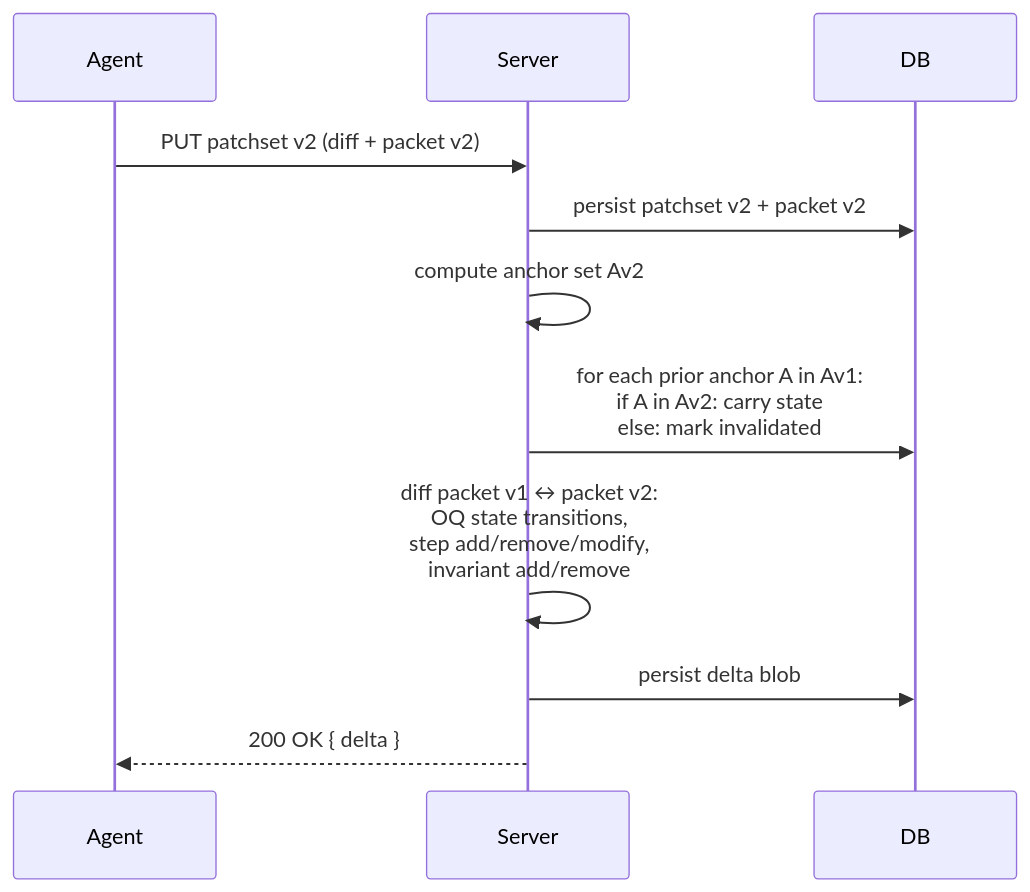
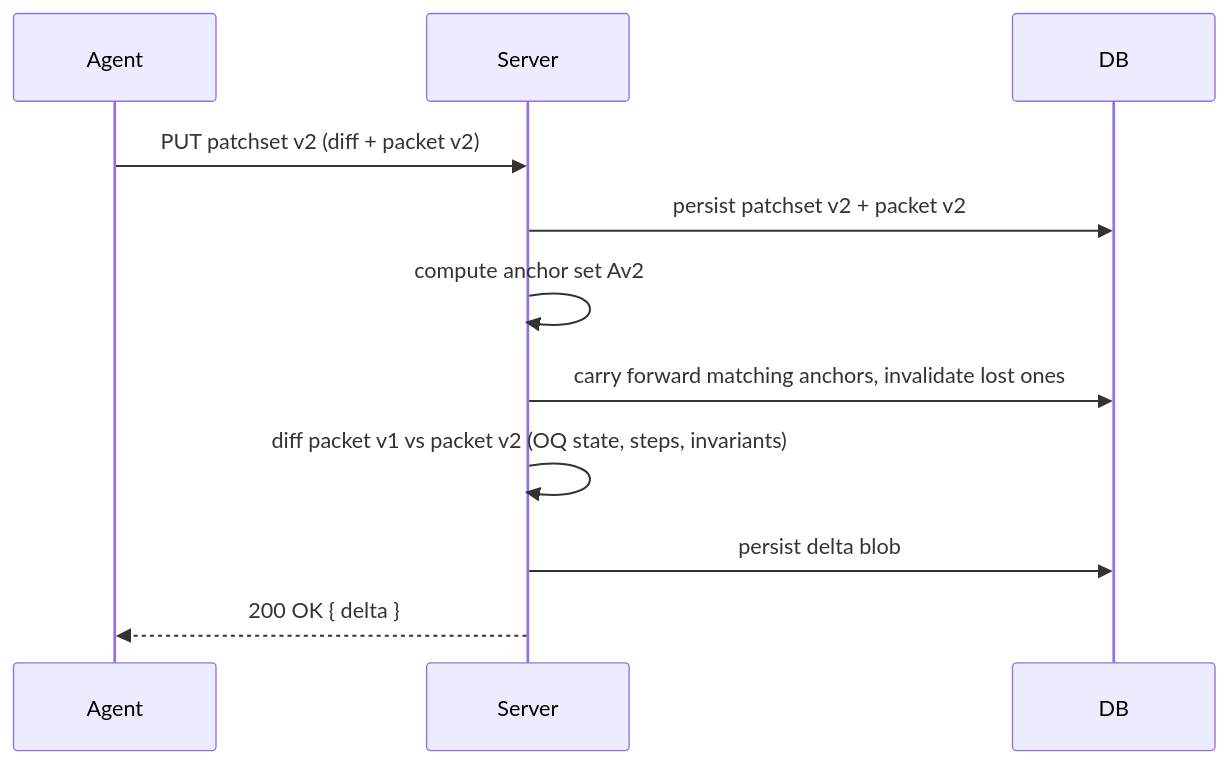
Before and after one commit to figitaki/reviews: the fourth of 4 diagrams in .plans/review-packet-spec.md, drawn with Mermaid. The commit also changed 1 other file, not shown here.

Commit message:
fix: resolve mermaid rendering errors in PRD and spec

````diff
--- a/.plans/review-packet-spec.md
+++ b/.plans/review-packet-spec.md
@@ -254,17 +254,17 @@
 ```mermaid
 sequenceDiagram
     participant Agent
     participant Server
     participant DB
 
     Agent->>Server: PUT patchset v2 (diff + packet v2)
     Server->>DB: persist patchset v2 + packet v2
 
     Server->>Server: compute anchor set Av2
-    Server->>DB: for each prior anchor A in Av1:<br/>if A in Av2: carry state<br/>else: mark invalidated
+    Server->>DB: carry forward matching anchors, invalidate lost ones
 
-    Server->>Server: diff packet v1 ↔ packet v2:<br/>OQ state transitions,<br/>step add/remove/modify,<br/>invariant add/remove
+    Server->>Server: diff packet v1 vs packet v2 (OQ state, steps, invariants)
     Server->>DB: persist delta blob
 
     Server-->>Agent: 200 OK { delta }
 ```
````
